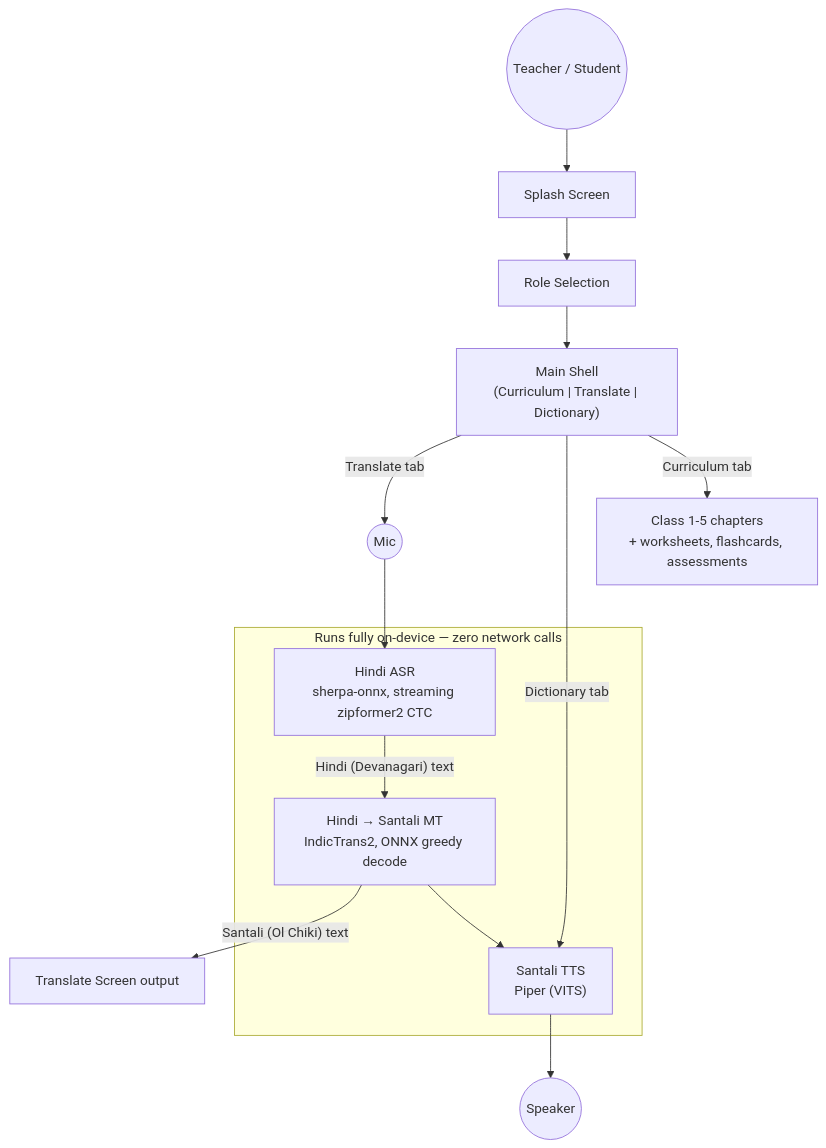
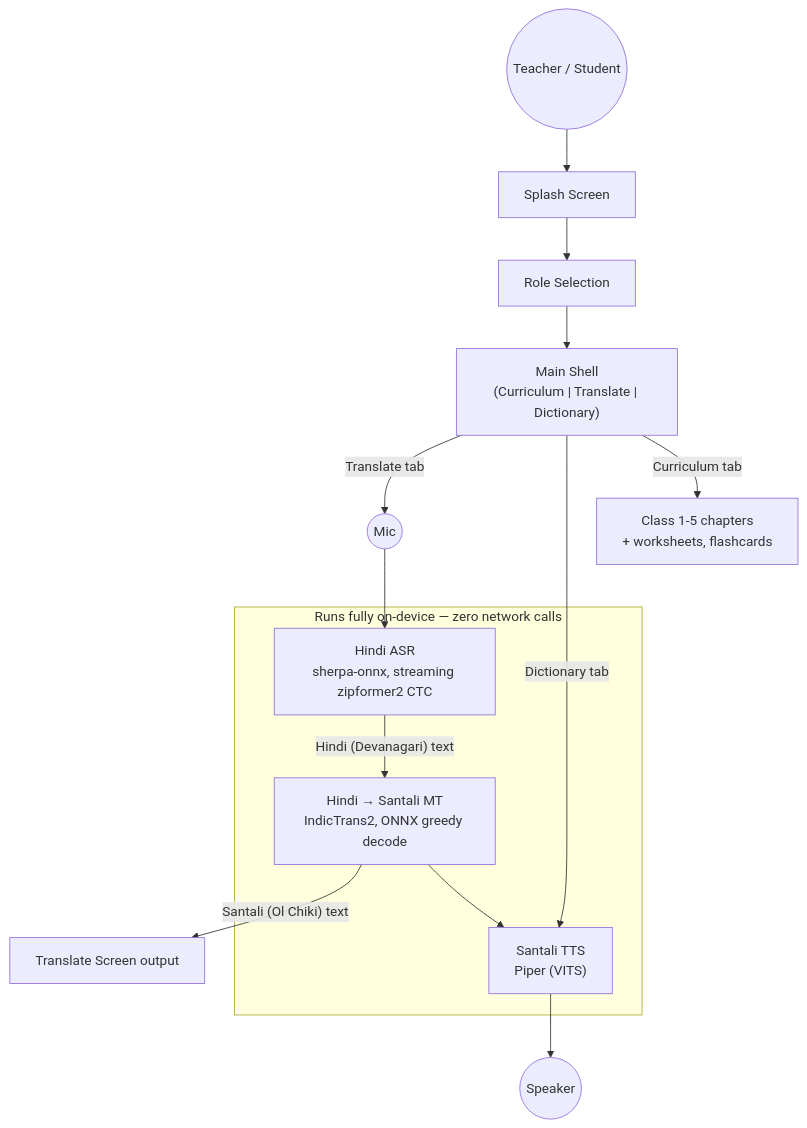
Before and after one commit to bhavishyagoyal1/Vanisetu: the diagram in README.md, drawn with Mermaid.

````diff
--- a/README.md
+++ b/README.md
@@ -63,21 +63,21 @@
 ```mermaid
 flowchart TD
     User(("Teacher / Student")) --> Splash["Splash Screen"]
     Splash --> Role["Role Selection"]
     Role --> Shell["Main Shell\n(Curriculum | Translate | Dictionary)"]
  
     Shell -->|"Translate tab"| Mic(("Mic"))
     Mic --> ASR["Hindi ASR\nsherpa-onnx, streaming zipformer2 CTC"]
     ASR -->|"Hindi (Devanagari) text"| MT["Hindi → Santali MT\nIndicTrans2, ONNX greedy decode"]
     MT -->|"Santali (Ol Chiki) text"| TransOut["Translate Screen output"]
     MT --> SatTTS["Santali TTS\nPiper (VITS)"]
     Shell -->|"Dictionary tab"| SatTTS
-    Shell -->|"Curriculum tab"| Curriculum["Class 1-5 chapters\n+ worksheets, flashcards, assessments"]
+    Shell -->|"Curriculum tab"| Curriculum["Class 1-5 chapters\n+ worksheets, flashcards"]
     SatTTS --> Speaker(("Speaker"))
  
     subgraph OnDevice["Runs fully on-device — zero network calls"]
         ASR
         MT
         SatTTS
     end
 ```
````
